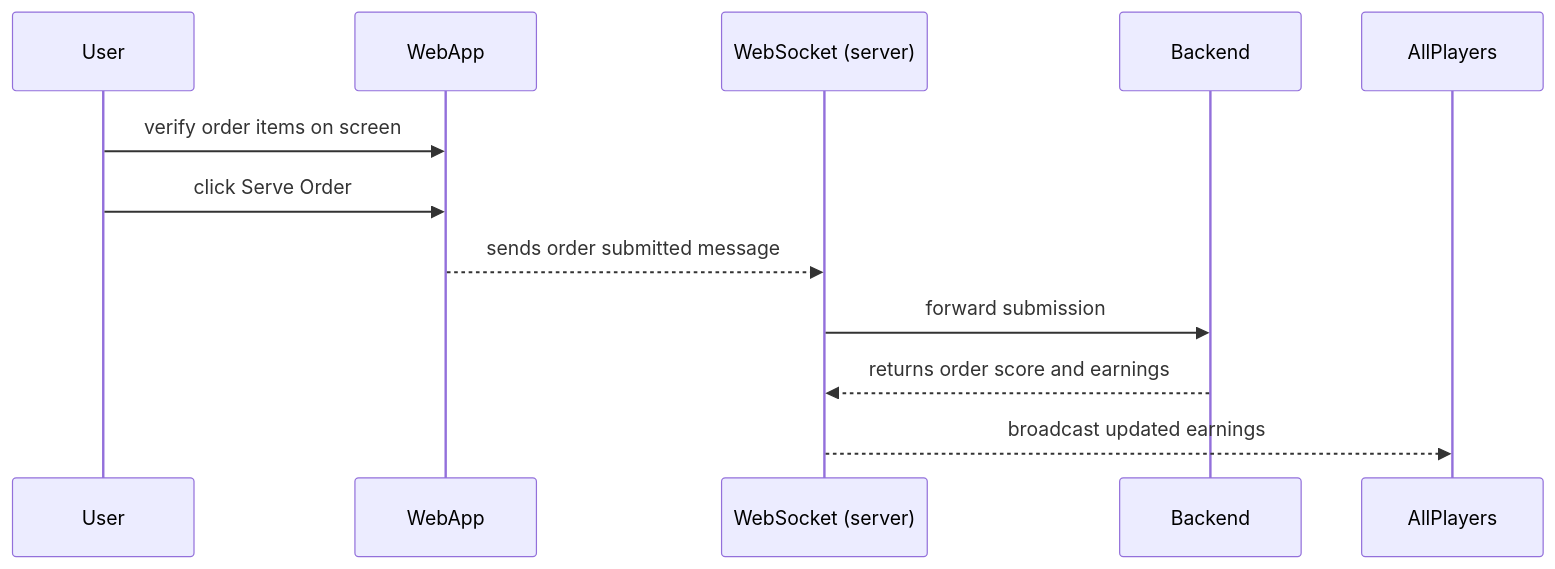
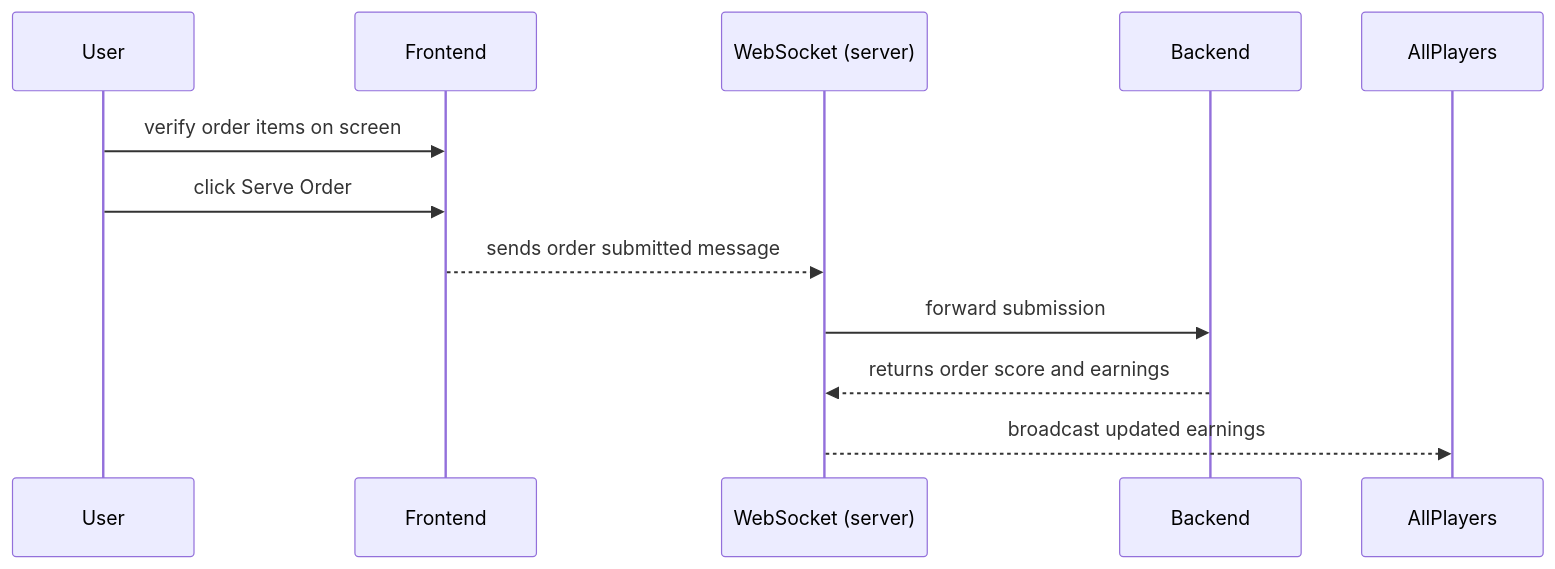
Diagram 16 of 19 in documentation/docs/system-architecture/use-case-sequences.md (Capstone-Projects-2025-Spring/aac-go-fish), drawn with Mermaid before and after one commit. The commit also changed other lines of this file and 2 other files, not shown here.

````diff
--- a/documentation/docs/system-architecture/use-case-sequences.md
+++ b/documentation/docs/system-architecture/use-case-sequences.md
@@ -289,15 +289,15 @@
 ```mermaid
 sequenceDiagram
     participant Manager as User
-    participant WebApp
+    participant Frontend
     participant WS as WebSocket (server)
     participant Backend
     participant AllPlayers
 
-    Manager->>WebApp: verify order items on screen
-    Manager->>WebApp: click Serve Order
-    WebApp-->>WS: sends order submitted message
+    Manager->>Frontend: verify order items on screen
+    Manager->>Frontend: click Serve Order
+    Frontend-->>WS: sends order submitted message
     WS->>Backend: forward submission
     Backend-->>WS: returns order score and earnings
     WS-->>AllPlayers: broadcast updated earnings
 ```
````
